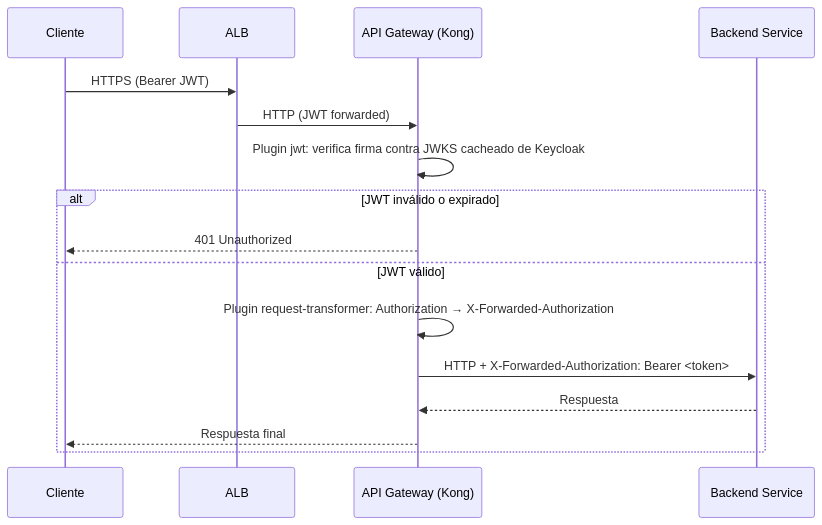
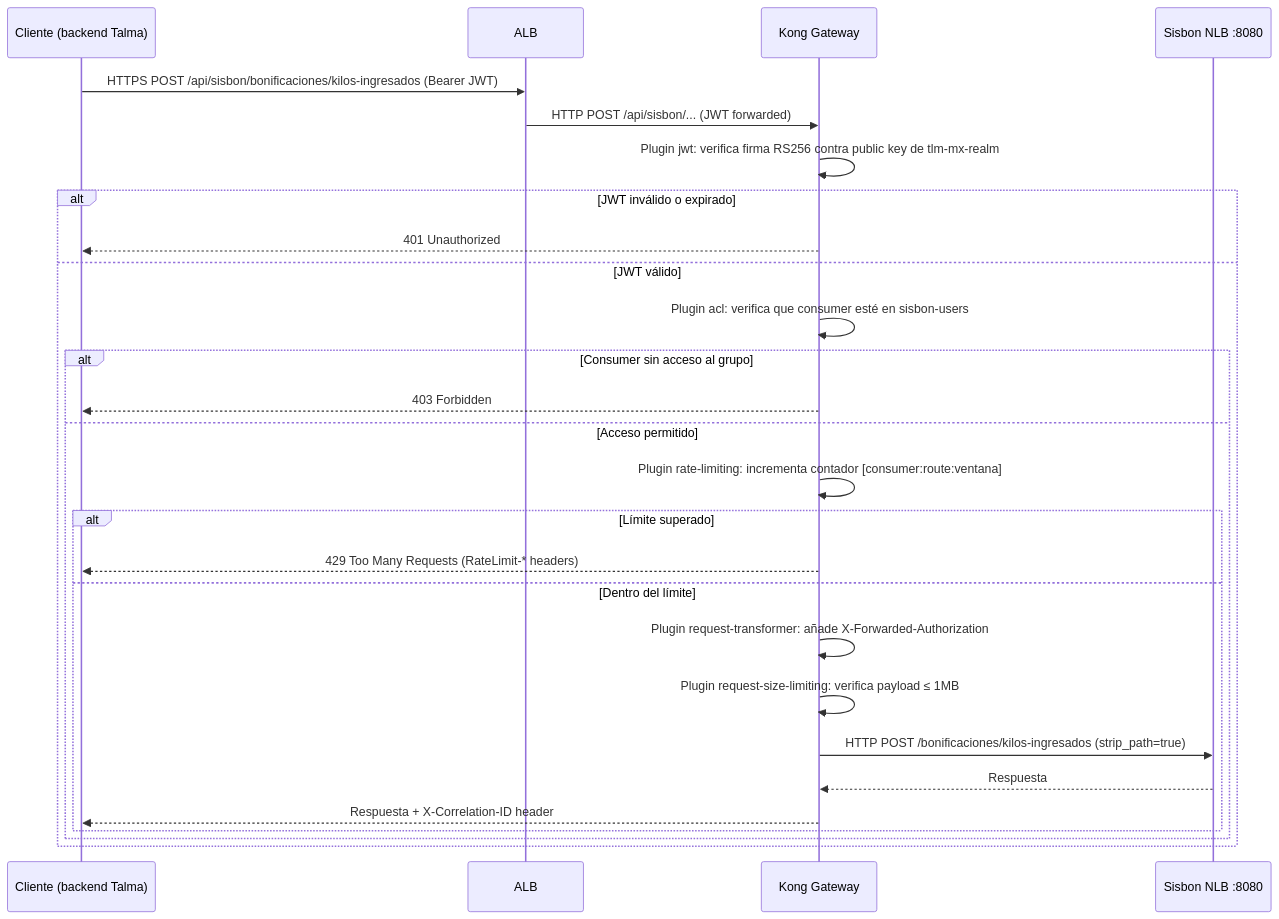
One commit to jclemente-tlm/tlm-doc-architecture changed the first of 3 diagrams in docs/plataforma-corporativa/plataforma-de-integracion/api-gateway/06-vista-tiempo-ejecucion.md. Above: the diagram before and after it, drawn with Mermaid. The commit also changed other lines of this file and 11 other files, not shown here.

Commit message:
refactor: actualiza documentacion de api gateway

````diff
--- a/docs/plataforma-corporativa/plataforma-de-integracion/api-gateway/06-vista-tiempo-ejecucion.md
+++ b/docs/plataforma-corporativa/plataforma-de-integracion/api-gateway/06-vista-tiempo-ejecucion.md
@@ -11,19 +11,30 @@
 ```mermaid
 sequenceDiagram
-    participant C as Cliente
+    participant C as Cliente (backend Talma)
     participant ALB as ALB
-    participant K as API Gateway (Kong)
-    participant B as Backend Service
+    participant K as Kong Gateway
+    participant B as Sisbon NLB :8080
 
-    C->>ALB: HTTPS (Bearer JWT)
-    ALB->>K: HTTP (JWT forwarded)
-    K->>K: Plugin jwt: verifica firma contra JWKS cacheado de Keycloak
+    C->>ALB: HTTPS POST /api/sisbon/bonificaciones/kilos-ingresados (Bearer JWT)
+    ALB->>K: HTTP POST /api/sisbon/... (JWT forwarded)
+    K->>K: Plugin jwt: verifica firma RS256 contra public key de tlm-mx-realm
     alt JWT inválido o expirado
         K-->>C: 401 Unauthorized
     else JWT válido
-        K->>K: Plugin request-transformer: Authorization → X-Forwarded-Authorization
-        K->>B: HTTP + X-Forwarded-Authorization: Bearer <token>
-        B-->>K: Respuesta
-        K-->>C: Respuesta final
+        K->>K: Plugin acl: verifica que consumer esté en sisbon-users
+        alt Consumer sin acceso al grupo
+            K-->>C: 403 Forbidden
+        else Acceso permitido
+            K->>K: Plugin rate-limiting: incrementa contador [consumer:route:ventana]
+            alt Límite superado
+                K-->>C: 429 Too Many Requests (RateLimit-* headers)
+            else Dentro del límite
+                K->>K: Plugin request-transformer: añade X-Forwarded-Authorization
+                K->>K: Plugin request-size-limiting: verifica payload ≤ 1MB
+                K->>B: HTTP POST /bonificaciones/kilos-ingresados (strip_path=true)
+                B-->>K: Respuesta
+                K-->>C: Respuesta + X-Correlation-ID header
+            end
+        end
     end
 ```
````
